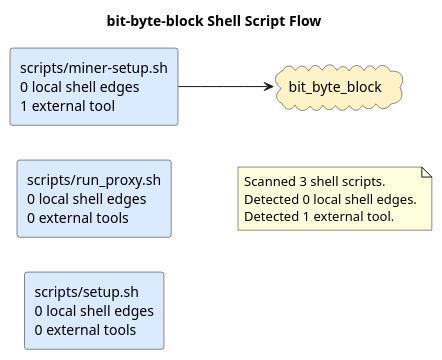
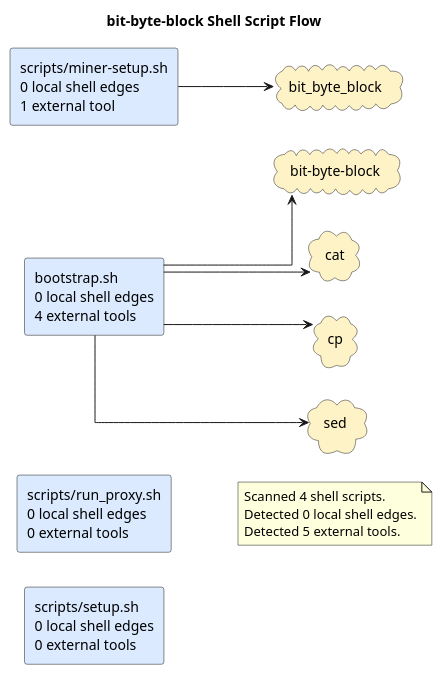
One commit to casonk/bit-byte-block changed the diagram in docs/diagrams/shell-call-graph.puml. Above: the diagram before and after it, drawn with PlantUML. The commit also changed 6 other files, not shown here.

Commit message:
docs: refresh architecture diagrams (#6)

```diff
--- a/docs/diagrams/shell-call-graph.puml
+++ b/docs/diagrams/shell-call-graph.puml
@@ -1,18 +1,27 @@
 @startuml
 title bit-byte-block Shell Script Flow
 left to right direction
 skinparam shadowing false
 skinparam defaultFontName Monospace
 skinparam componentStyle rectangle
 skinparam linetype ortho
+rectangle "bootstrap.sh\n0 local shell edges\n4 external tools" as shell_bootstrap_sh #DBEAFE
 rectangle "scripts/miner-setup.sh\n0 local shell edges\n1 external tool" as shell_scripts_miner_setup_sh #DBEAFE
 rectangle "scripts/run_proxy.sh\n0 local shell edges\n0 external tools" as shell_scripts_run_proxy_sh #DBEAFE
 rectangle "scripts/setup.sh\n0 local shell edges\n0 external tools" as shell_scripts_setup_sh #DBEAFE
-cloud "bit_byte_block" as tool_bit_byte_block #FEF3C7
-shell_scripts_miner_setup_sh --> tool_bit_byte_block
+cloud "bit-byte-block" as tool_bit_byte_block #FEF3C7
+cloud "bit_byte_block" as tool_bit_byte_block_2 #FEF3C7
+cloud "cat" as tool_cat #FEF3C7
+cloud "cp" as tool_cp #FEF3C7
+cloud "sed" as tool_sed #FEF3C7
+shell_bootstrap_sh --> tool_bit_byte_block
+shell_bootstrap_sh --> tool_cat
+shell_bootstrap_sh --> tool_cp
+shell_bootstrap_sh --> tool_sed
+shell_scripts_miner_setup_sh --> tool_bit_byte_block_2
 note as shellGraphSummary
-Scanned 3 shell scripts.
+Scanned 4 shell scripts.
 Detected 0 local shell edges.
-Detected 1 external tool.
+Detected 5 external tools.
 end note
 @enduml
```
